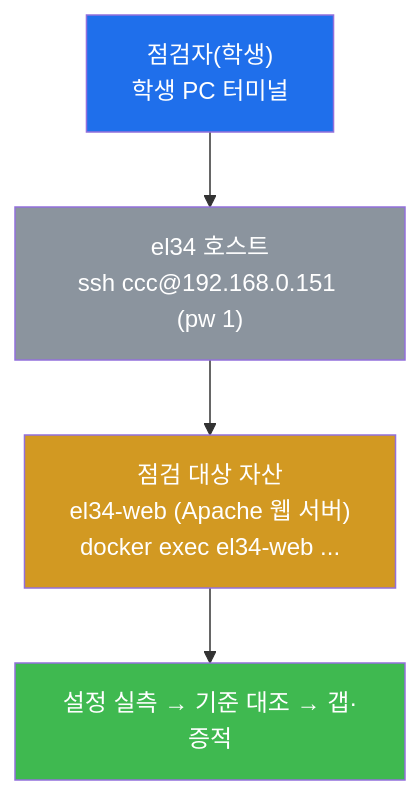
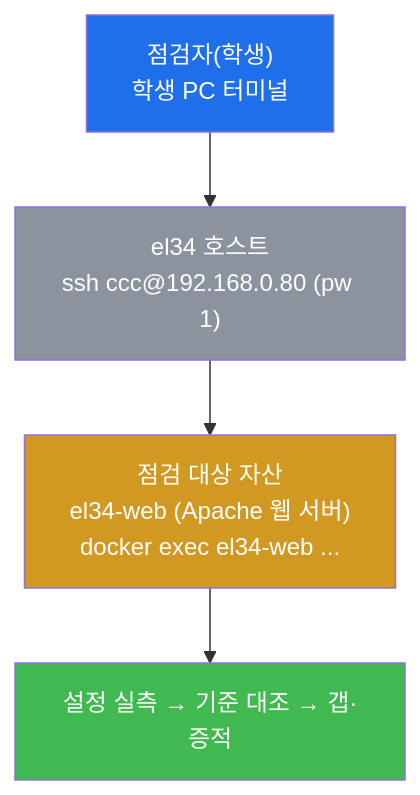
One commit to mrgrit/tw2 changed the eighth of 10 diagrams in contents/training/compliance/lecture_week01.md. Above: the diagram before and after it, drawn with Mermaid. The commit also changed other lines of this file and 119 other files, not shown here.

````diff
--- a/contents/training/compliance/lecture_week01.md
+++ b/contents/training/compliance/lecture_week01.md
@@ -610,12 +610,12 @@
 ```mermaid
 graph TD
     AUDITOR["점검자(학생)<br/>학생 PC 터미널"]
-    HOST["el34 호스트<br/>ssh ccc@192.168.0.151 (pw 1)"]
+    HOST["el34 호스트<br/>ssh ccc@192.168.0.80 (pw 1)"]
     WEB["점검 대상 자산<br/>el34-web (Apache 웹 서버)<br/>docker exec el34-web ..."]
     CHECK["설정 실측 → 기준 대조 → 갭·증적"]
     AUDITOR --> HOST --> WEB --> CHECK
     style AUDITOR fill:#1f6feb,color:#fff
     style HOST fill:#8b949e,color:#fff
     style WEB fill:#d29922,color:#fff
     style CHECK fill:#3fb950,color:#fff
 ```
````
